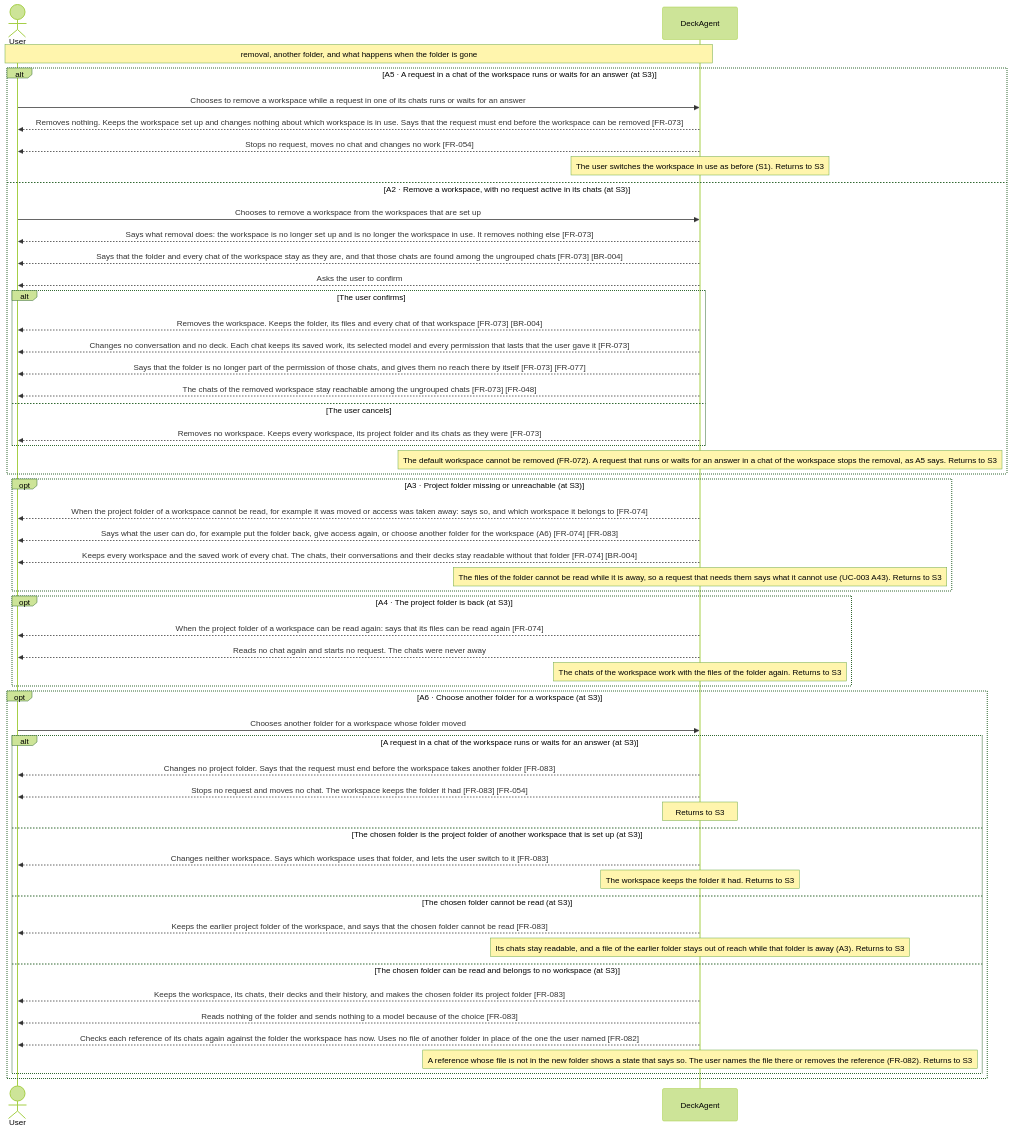
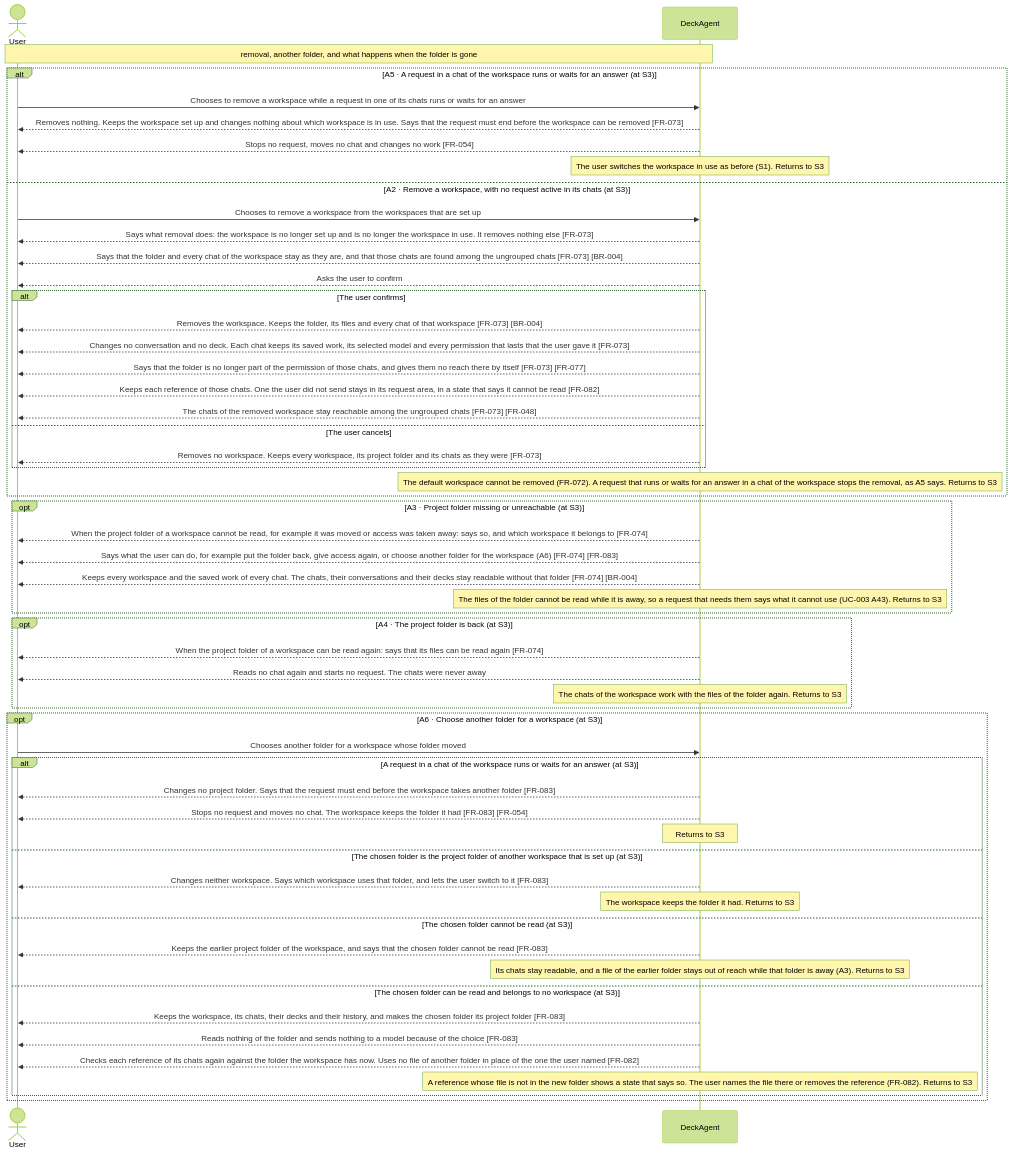
Before and after one commit to Luke23127006/DeckAgent: the second of 2 diagrams in docs/spec/03-use-cases/UC-013.md, drawn with Mermaid (forest theme). The commit also changed 5 other files, not shown here.

````diff
--- a/docs/spec/03-use-cases/UC-013.md
+++ b/docs/spec/03-use-cases/UC-013.md
@@ -72,56 +72,57 @@
 ```mermaid
 sequenceDiagram
     actor User
     participant DeckAgent
     Note over User,DeckAgent: removal, another folder, and what happens when the folder is gone
     alt A5 · A request in a chat of the workspace runs or waits for an answer (at S3)
         User->>DeckAgent: Chooses to remove a workspace while a request in one of its chats runs or waits for an answer
         DeckAgent-->>User: Removes nothing. Keeps the workspace set up and changes nothing about which workspace is in use. Says that the request must end before the workspace can be removed [FR-073]
         DeckAgent-->>User: Stops no request, moves no chat and changes no work [FR-054]
         note over DeckAgent: The user switches the workspace in use as before (S1). Returns to S3
     else A2 · Remove a workspace, with no request active in its chats (at S3)
         User->>DeckAgent: Chooses to remove a workspace from the workspaces that are set up
         DeckAgent-->>User: Says what removal does: the workspace is no longer set up and is no longer the workspace in use. It removes nothing else [FR-073]
         DeckAgent-->>User: Says that the folder and every chat of the workspace stay as they are, and that those chats are found among the ungrouped chats [FR-073] [BR-004]
         DeckAgent-->>User: Asks the user to confirm
         alt The user confirms
             DeckAgent-->>User: Removes the workspace. Keeps the folder, its files and every chat of that workspace [FR-073] [BR-004]
             DeckAgent-->>User: Changes no conversation and no deck. Each chat keeps its saved work, its selected model and every permission that lasts that the user gave it [FR-073]
             DeckAgent-->>User: Says that the folder is no longer part of the permission of those chats, and gives them no reach there by itself [FR-073] [FR-077]
+            DeckAgent-->>User: Keeps each reference of those chats. One the user did not send stays in its request area, in a state that says it cannot be read [FR-082]
             DeckAgent-->>User: The chats of the removed workspace stay reachable among the ungrouped chats [FR-073] [FR-048]
         else The user cancels
             DeckAgent-->>User: Removes no workspace. Keeps every workspace, its project folder and its chats as they were [FR-073]
         end
         note over DeckAgent: The default workspace cannot be removed (FR-072). A request that runs or waits for an answer in a chat of the workspace stops the removal, as A5 says. Returns to S3
     end
     opt A3 · Project folder missing or unreachable (at S3)
         DeckAgent-->>User: When the project folder of a workspace cannot be read, for example it was moved or access was taken away: says so, and which workspace it belongs to [FR-074]
         DeckAgent-->>User: Says what the user can do, for example put the folder back, give access again, or choose another folder for the workspace (A6) [FR-074] [FR-083]
         DeckAgent-->>User: Keeps every workspace and the saved work of every chat. The chats, their conversations and their decks stay readable without that folder [FR-074] [BR-004]
         note over DeckAgent: The files of the folder cannot be read while it is away, so a request that needs them says what it cannot use (UC-003 A43). Returns to S3
     end
     opt A4 · The project folder is back (at S3)
         DeckAgent-->>User: When the project folder of a workspace can be read again: says that its files can be read again [FR-074]
         DeckAgent-->>User: Reads no chat again and starts no request. The chats were never away
         note over DeckAgent: The chats of the workspace work with the files of the folder again. Returns to S3
     end
     opt A6 · Choose another folder for a workspace (at S3)
         User->>DeckAgent: Chooses another folder for a workspace whose folder moved
         alt A request in a chat of the workspace runs or waits for an answer (at S3)
             DeckAgent-->>User: Changes no project folder. Says that the request must end before the workspace takes another folder [FR-083]
             DeckAgent-->>User: Stops no request and moves no chat. The workspace keeps the folder it had [FR-083] [FR-054]
             note over DeckAgent: Returns to S3
         else The chosen folder is the project folder of another workspace that is set up (at S3)
             DeckAgent-->>User: Changes neither workspace. Says which workspace uses that folder, and lets the user switch to it [FR-083]
             note over DeckAgent: The workspace keeps the folder it had. Returns to S3
         else The chosen folder cannot be read (at S3)
             DeckAgent-->>User: Keeps the earlier project folder of the workspace, and says that the chosen folder cannot be read [FR-083]
             note over DeckAgent: Its chats stay readable, and a file of the earlier folder stays out of reach while that folder is away (A3). Returns to S3
         else The chosen folder can be read and belongs to no workspace (at S3)
             DeckAgent-->>User: Keeps the workspace, its chats, their decks and their history, and makes the chosen folder its project folder [FR-083]
             DeckAgent-->>User: Reads nothing of the folder and sends nothing to a model because of the choice [FR-083]
             DeckAgent-->>User: Checks each reference of its chats again against the folder the workspace has now. Uses no file of another folder in place of the one the user named [FR-082]
             note over DeckAgent: A reference whose file is not in the new folder shows a state that says so. The user names the file there or removes the reference (FR-082). Returns to S3
         end
     end
 ```
````
